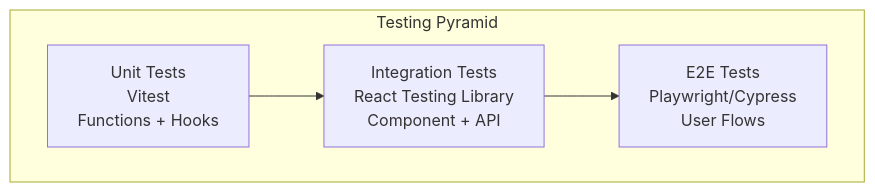
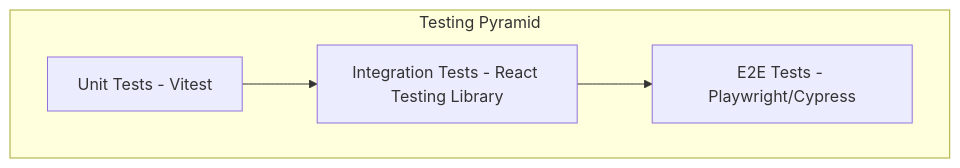
Diagram 11 of 12 in ARCHITECTURE_OVERVIEW.md (devnguyen0111/cryoweb), drawn with Mermaid before and after one commit. The commit also changed other lines of this file, not shown here.

Commit message:
Refactor architecture overview: update component descriptions in diagrams for clarity and consistency, enhancing readability of the application structure and technology stack.

````diff
--- a/ARCHITECTURE_OVERVIEW.md
+++ b/ARCHITECTURE_OVERVIEW.md
@@ -568,11 +568,11 @@
 ```mermaid
 graph TB
     subgraph "Testing Pyramid"
-        E2E[E2E Tests<br/>Playwright/Cypress<br/>User Flows]
-        Integration[Integration Tests<br/>React Testing Library<br/>Component + API]
-        Unit[Unit Tests<br/>Vitest<br/>Functions + Hooks]
+        E2E["E2E Tests - Playwright/Cypress"]
+        Integration["Integration Tests - React Testing Library"]
+        Unit["Unit Tests - Vitest"]
     end
 
     Unit --> Integration
     Integration --> E2E
 ```
````
